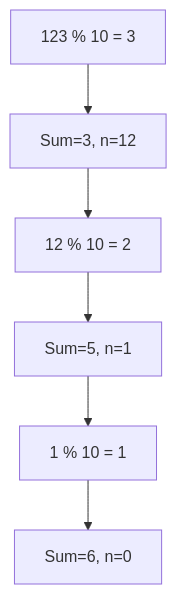
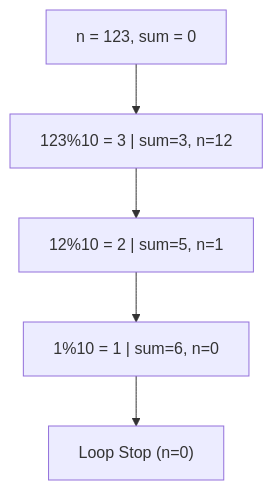
Before and after one commit to amnahwaida/OSNK_INF_PREP: the fourth of 10 diagrams in part-c-pemahaman-cpp/03-perulangan/latihan/set-05.md, drawn with Mermaid. The commit also changed other lines of this file and 30 other files, not shown here.

Commit message:
✨ Premium Overhaul: Modul 05 (Rekursi) & 06 (Bitwise) - 100 soal baru dengan Mermaid Call Stack & Bit-Grid diagrams

````diff
--- a/part-c-pemahaman-cpp/03-perulangan/latihan/set-05.md
+++ b/part-c-pemahaman-cpp/03-perulangan/latihan/set-05.md
@@ -130,6 +133,7 @@
 ```mermaid
 graph TD
-A["123 % 10 = 3"] --> B["Sum=3, n=12"]
-B --> C["12 % 10 = 2"] --> D["Sum=5, n=1"]
-D --> E["1 % 10 = 1"] --> F["Sum=6, n=0"]
+Start["n = 123, sum = 0"] --> S1["123%10 = 3 | sum=3, n=12"]
+S1 --> S2["12%10 = 2 | sum=5, n=1"]
+S2 --> S3["1%10 = 1 | sum=6, n=0"]
+S3 --> End["Loop Stop (n=0)"]
 ```
````
